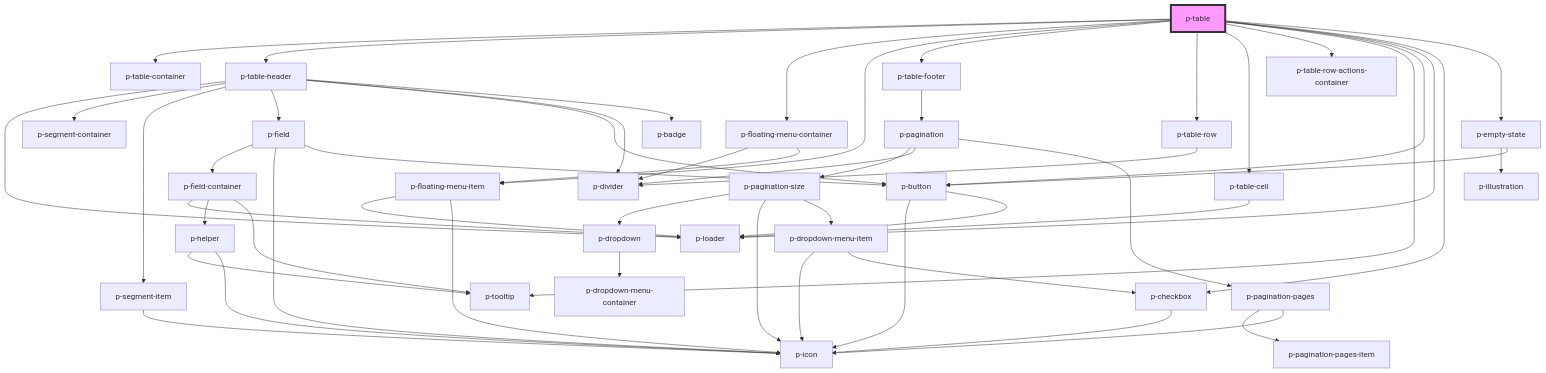
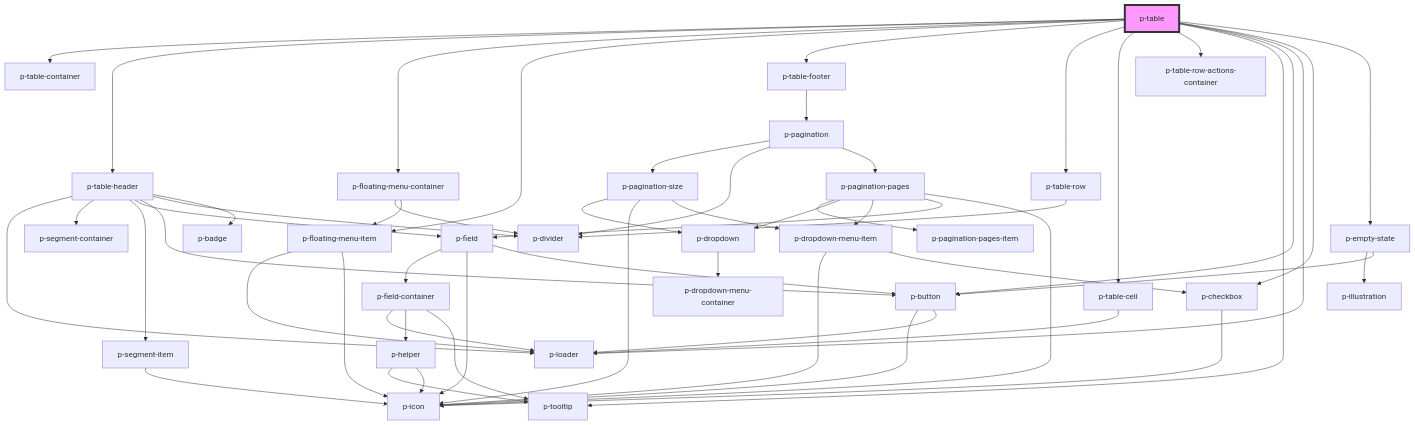
The diagram in packages/core/src/components/organisms/table/readme.md (Employes/Paperless), drawn with Mermaid before and after one commit. The commit also changed other lines of this file and 17 other files, not shown here.

````diff
--- a/packages/core/src/components/organisms/table/readme.md
+++ b/packages/core/src/components/organisms/table/readme.md
@@ -96,56 +96,59 @@
 ```mermaid
 graph TD;
   p-table --> p-table-container
   p-table --> p-table-header
   p-table --> p-floating-menu-container
   p-table --> p-floating-menu-item
   p-table --> p-table-footer
   p-table --> p-table-row
   p-table --> p-table-cell
   p-table --> p-table-row-actions-container
   p-table --> p-tooltip
   p-table --> p-button
   p-table --> p-loader
   p-table --> p-checkbox
   p-table --> p-empty-state
   p-table-header --> p-loader
   p-table-header --> p-segment-container
   p-table-header --> p-segment-item
   p-table-header --> p-field
   p-table-header --> p-button
   p-table-header --> p-divider
   p-table-header --> p-badge
   p-segment-item --> p-icon
   p-field --> p-field-container
   p-field --> p-icon
   p-field --> p-button
   p-field-container --> p-loader
   p-field-container --> p-helper
   p-field-container --> p-tooltip
   p-helper --> p-tooltip
   p-helper --> p-icon
   p-button --> p-icon
   p-button --> p-loader
   p-floating-menu-container --> p-divider
   p-floating-menu-container --> p-floating-menu-item
   p-floating-menu-item --> p-loader
   p-floating-menu-item --> p-icon
   p-table-footer --> p-pagination
   p-pagination --> p-pagination-size
   p-pagination --> p-divider
   p-pagination --> p-pagination-pages
   p-pagination-size --> p-dropdown
   p-pagination-size --> p-icon
   p-pagination-size --> p-dropdown-menu-item
   p-dropdown --> p-dropdown-menu-container
   p-dropdown-menu-item --> p-icon
   p-dropdown-menu-item --> p-checkbox
   p-checkbox --> p-icon
   p-pagination-pages --> p-pagination-pages-item
+  p-pagination-pages --> p-dropdown
+  p-pagination-pages --> p-dropdown-menu-item
+  p-pagination-pages --> p-field
   p-pagination-pages --> p-icon
   p-table-row --> p-divider
   p-table-cell --> p-loader
   p-empty-state --> p-illustration
   p-empty-state --> p-button
   style p-table fill:#f9f,stroke:#333,stroke-width:4px
 ```
````
